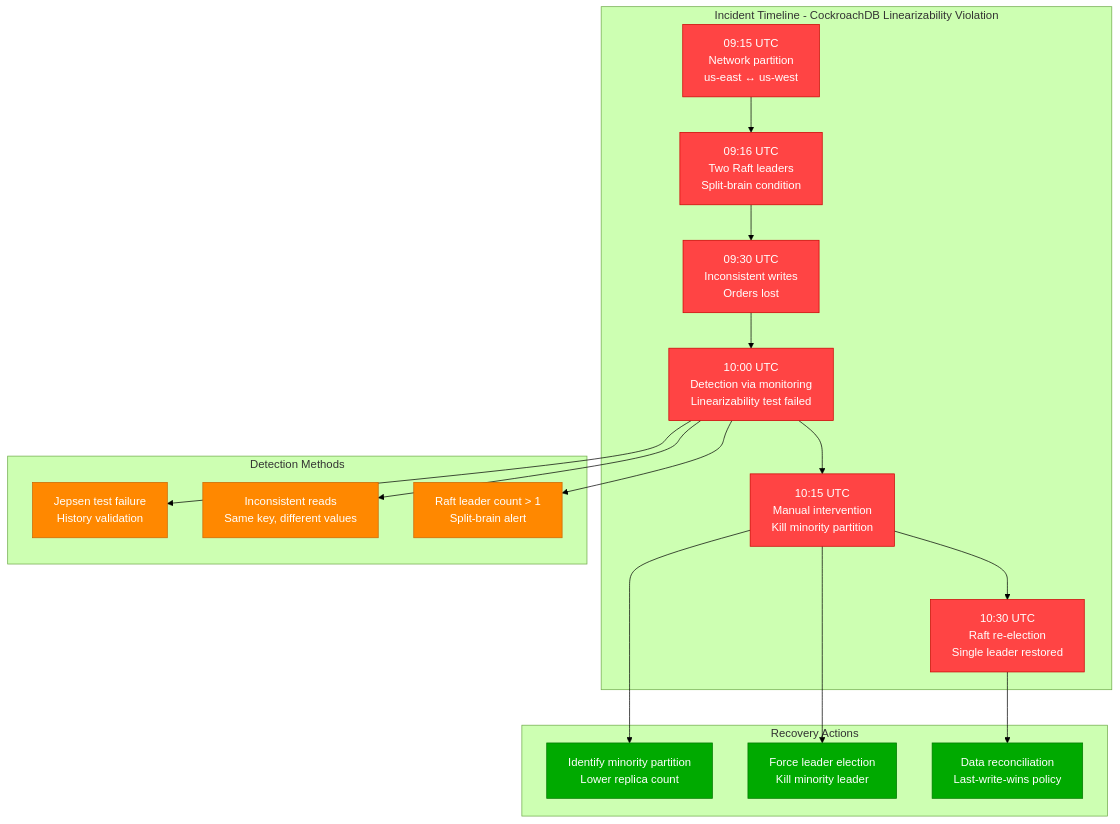
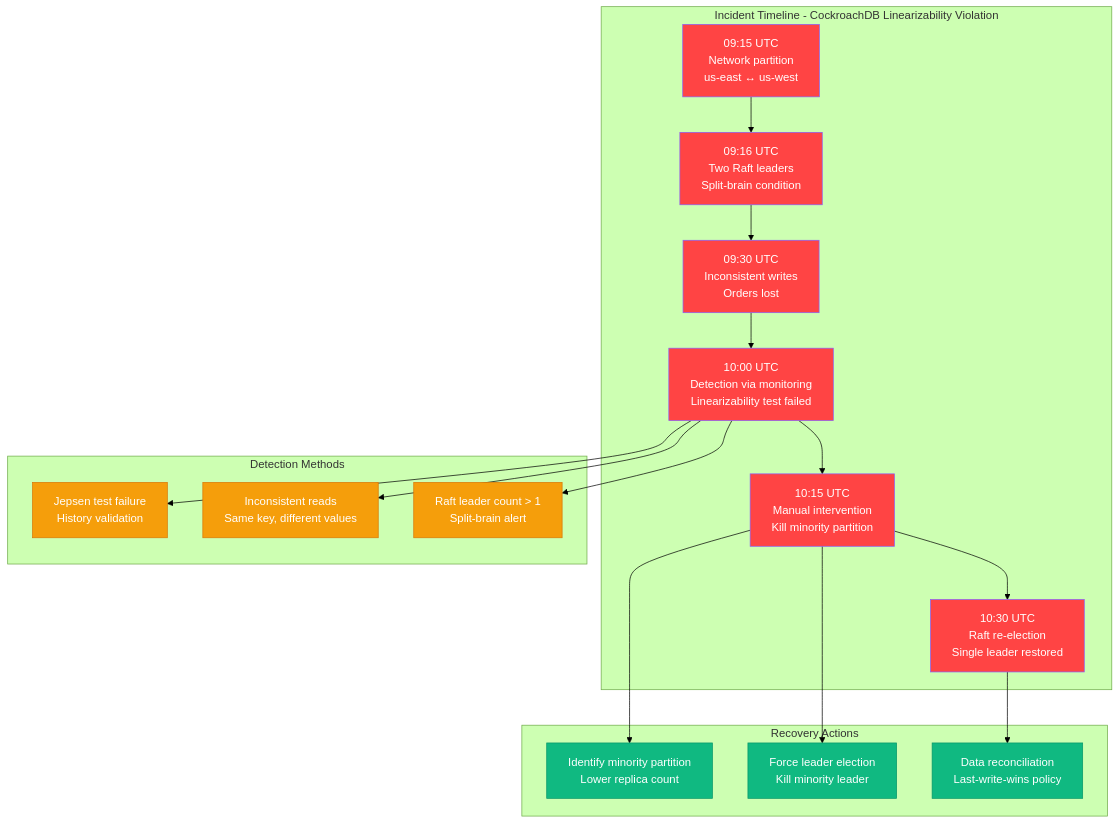
The fifth of 5 diagrams in site/docs/guarantees/linearizability/linearizability-concept.md (deepaucksharma/DS), drawn with Mermaid (forest theme) before and after one commit. The commit also changed other lines of this file and 303 other files, not shown here.

````diff
--- a/site/docs/guarantees/linearizability/linearizability-concept.md
+++ b/site/docs/guarantees/linearizability/linearizability-concept.md
@@ -211,40 +211,40 @@
 ```mermaid
 flowchart TD
     subgraph INCIDENT["Incident Timeline - CockroachDB Linearizability Violation"]
         T1["09:15 UTC<br/>Network partition<br/>us-east ↔ us-west"]
         T2["09:16 UTC<br/>Two Raft leaders<br/>Split-brain condition"]
         T3["09:30 UTC<br/>Inconsistent writes<br/>Orders lost"]
         T4["10:00 UTC<br/>Detection via monitoring<br/>Linearizability test failed"]
         T5["10:15 UTC<br/>Manual intervention<br/>Kill minority partition"]
         T6["10:30 UTC<br/>Raft re-election<br/>Single leader restored"]
     end
 
     subgraph DETECTION["Detection Methods"]
         M1["Jepsen test failure<br/>History validation"]
         M2["Inconsistent reads<br/>Same key, different values"]
         M3["Raft leader count > 1<br/>Split-brain alert"]
     end
 
     subgraph RECOVERY["Recovery Actions"]
         R1["Identify minority partition<br/>Lower replica count"]
         R2["Force leader election<br/>Kill minority leader"]
         R3["Data reconciliation<br/>Last-write-wins policy"]
     end
 
     T1 --> T2 --> T3 --> T4 --> T5 --> T6
     T4 --> M1
     T4 --> M2
     T4 --> M3
     T5 --> R1
     T5 --> R2
     T6 --> R3
 
     %% Incident response colors
-    classDef incident fill:#FF4444,stroke:#CC0000,color:#fff
-    classDef detection fill:#FF8800,stroke:#CC6600,color:#fff
-    classDef recovery fill:#00AA00,stroke:#007700,color:#fff
+    classDef incident fill:#FF4444,stroke:#8B5CF6,color:#fff
+    classDef detection fill:#F59E0B,stroke:#D97706,color:#fff
+    classDef recovery fill:#10B981,stroke:#059669,color:#fff
 
     class T1,T2,T3,T4,T5,T6 incident
     class M1,M2,M3 detection
     class R1,R2,R3 recovery
 ```
````
